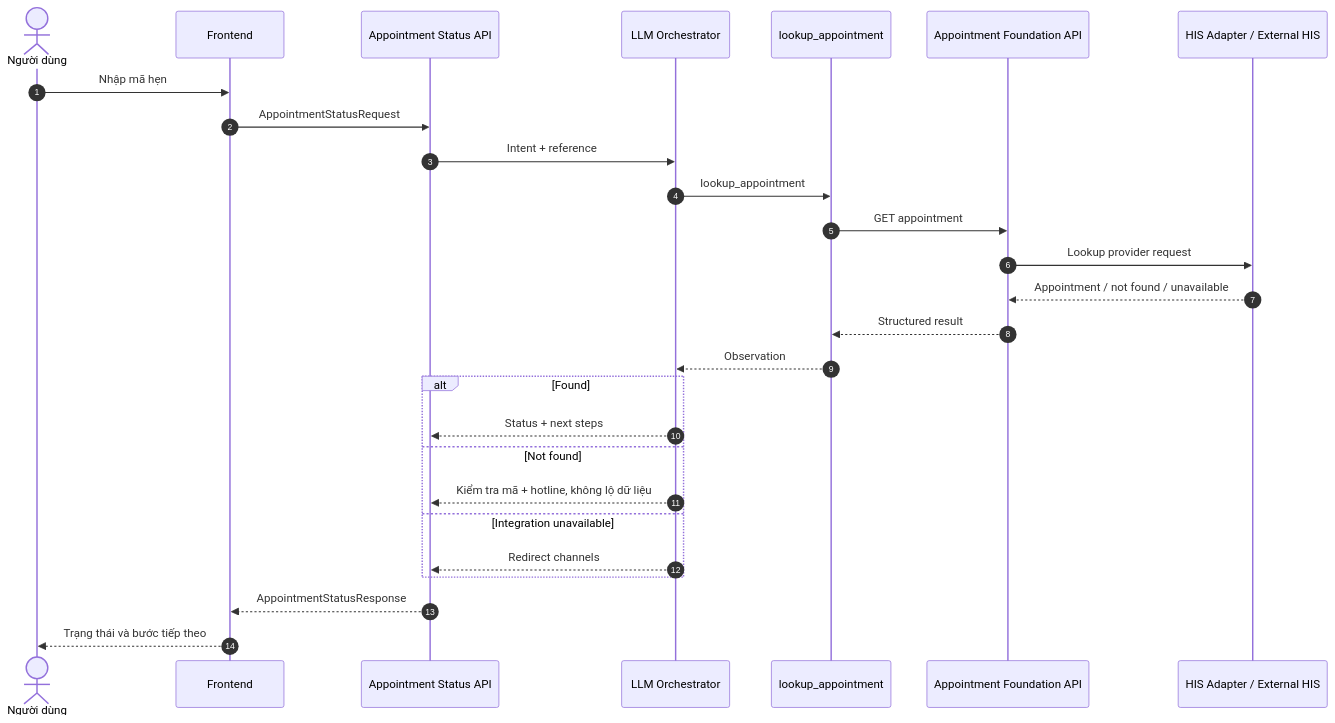
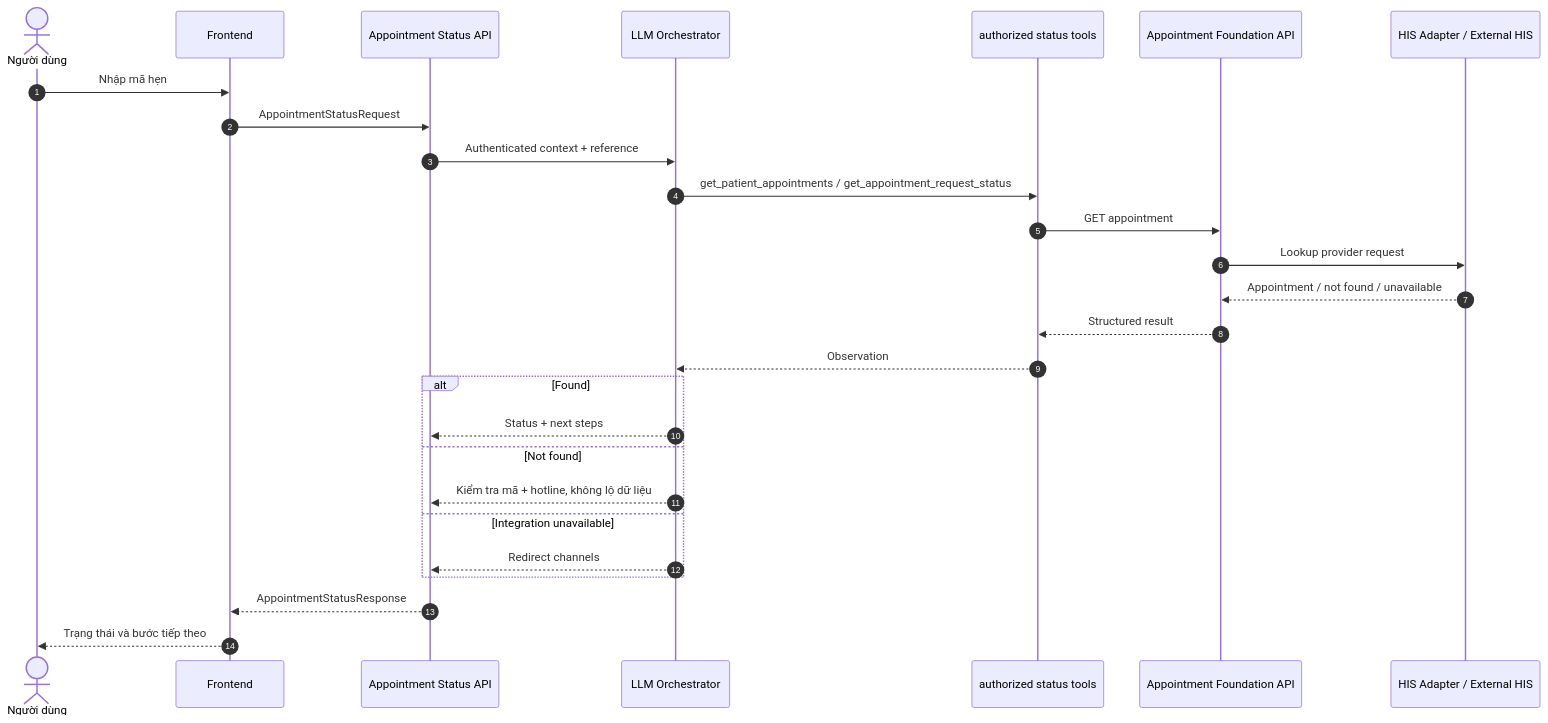
One commit to cuongtv24h/hackathon changed the fourth of 5 diagrams in docs/4.interface-design.md. Above: the diagram before and after it, drawn with Mermaid. The commit also changed other lines of this file and 95 other files, not shown here.

````diff
--- a/docs/4.interface-design.md
+++ b/docs/4.interface-design.md
@@ -676,30 +673,30 @@
 ```mermaid
 sequenceDiagram
     autonumber
     actor U as Người dùng
     participant FE as Frontend
     participant API as Appointment Status API
     participant AI as LLM Orchestrator
-    participant T as lookup_appointment
+    participant T as authorized status tools
     participant F as Appointment Foundation API
     participant HIS as HIS Adapter / External HIS
 
     U->>FE: Nhập mã hẹn
     FE->>API: AppointmentStatusRequest
-    API->>AI: Intent + reference
-    AI->>T: lookup_appointment
+    API->>AI: Authenticated context + reference
+    AI->>T: get_patient_appointments / get_appointment_request_status
     T->>F: GET appointment
     F->>HIS: Lookup provider request
     HIS-->>F: Appointment / not found / unavailable
     F-->>T: Structured result
     T-->>AI: Observation
     alt Found
         AI-->>API: Status + next steps
     else Not found
         AI-->>API: Kiểm tra mã + hotline, không lộ dữ liệu
     else Integration unavailable
         AI-->>API: Redirect channels
     end
     API-->>FE: AppointmentStatusResponse
     FE-->>U: Trạng thái và bước tiếp theo
 ```
````
